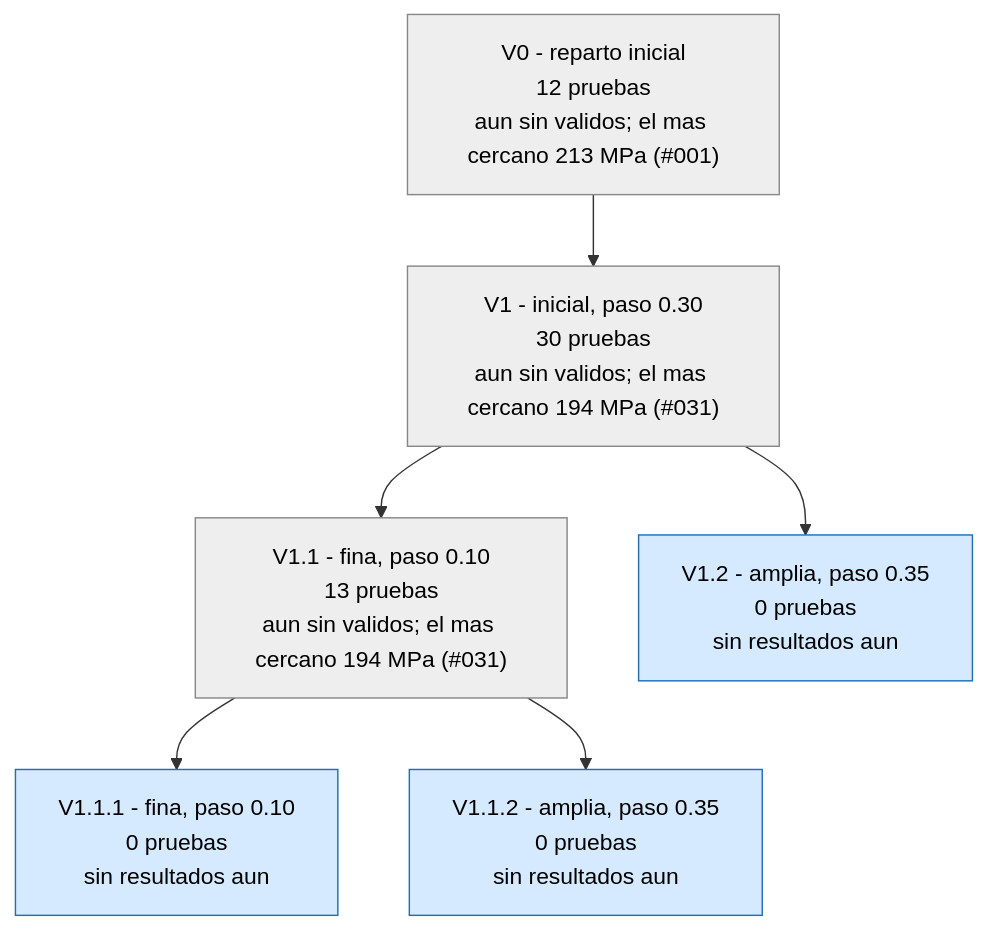
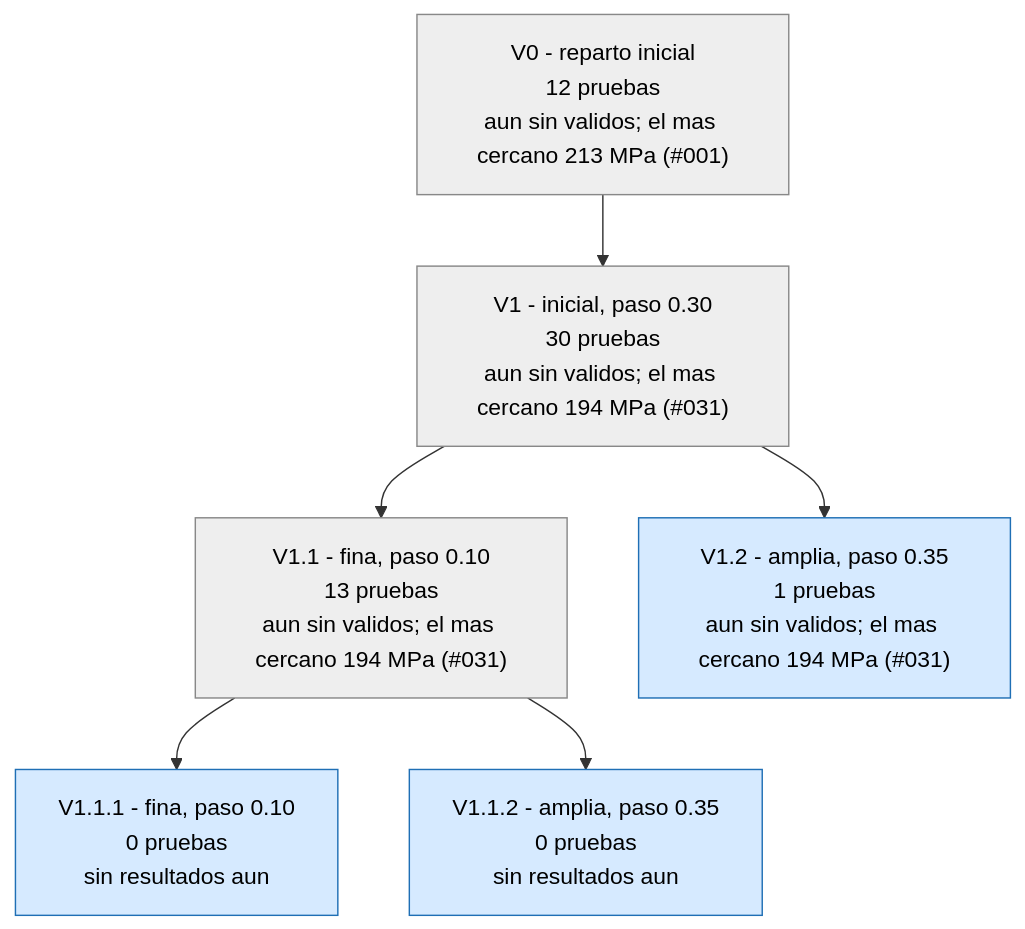
Before and after one commit to Hugiko/msd-soporte-optimizacion: the first of 3 diagrams in runs/opt_37800N/ARBOL.md, drawn with Mermaid. The commit also changed 21 other files, not shown here.

````diff
--- a/runs/opt_37800N/ARBOL.md
+++ b/runs/opt_37800N/ARBOL.md
@@ -9,17 +9,17 @@
 ```mermaid
 graph TD
 classDef activa fill:#d6eaff,stroke:#1f6fb5,color:#000
 classDef fin fill:#eeeeee,stroke:#888,color:#000
 classDef mejor fill:#c8f0c0,stroke:#1a9850,stroke-width:4px,color:#000
 V0["V0 - reparto inicial<br/>12 pruebas<br/>aun sin validos; el mas cercano 213 MPa (#001)"]:::fin
 V1["V1 - inicial, paso 0.30<br/>30 pruebas<br/>aun sin validos; el mas cercano 194 MPa (#031)"]:::fin
 V0 --> V1
 V1_1["V1.1 - fina, paso 0.10<br/>13 pruebas<br/>aun sin validos; el mas cercano 194 MPa (#031)"]:::fin
 V1 --> V1_1
-V1_2["V1.2 - amplia, paso 0.35<br/>0 pruebas<br/>sin resultados aun"]:::activa
+V1_2["V1.2 - amplia, paso 0.35<br/>1 pruebas<br/>aun sin validos; el mas cercano 194 MPa (#031)"]:::activa
 V1 --> V1_2
 V1_1_1["V1.1.1 - fina, paso 0.10<br/>0 pruebas<br/>sin resultados aun"]:::activa
 V1_1 --> V1_1_1
 V1_1_2["V1.1.2 - amplia, paso 0.35<br/>0 pruebas<br/>sin resultados aun"]:::activa
 V1_1 --> V1_1_2
 ```
````
